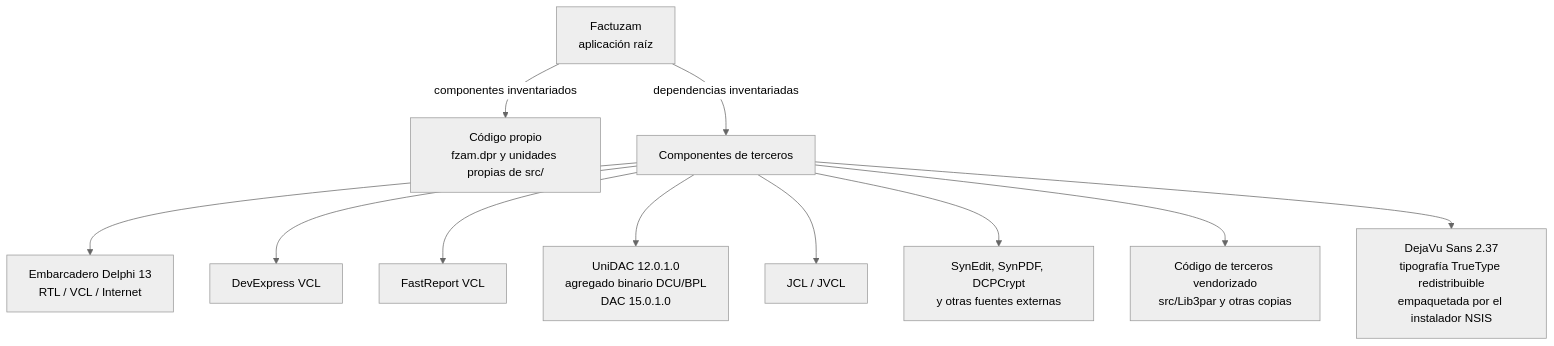
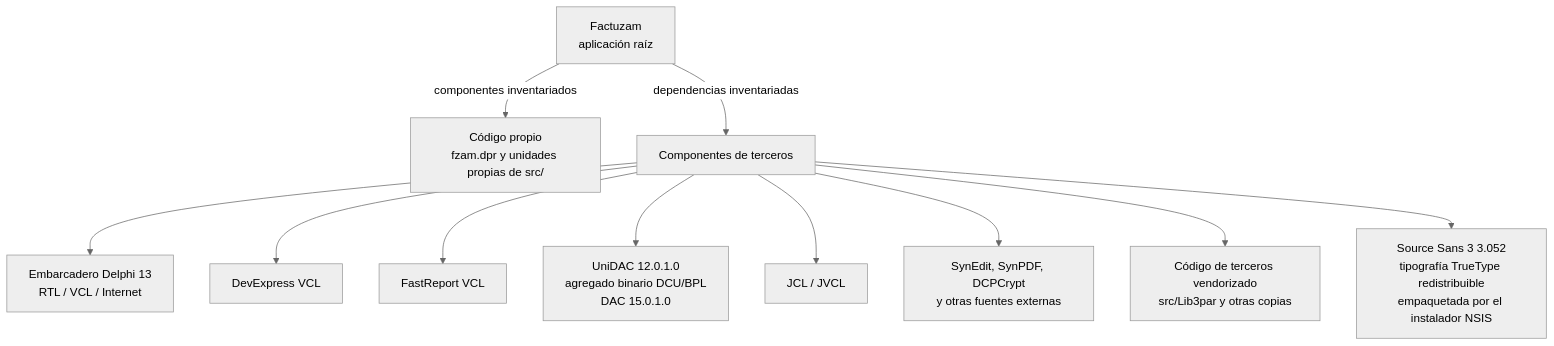
One commit to alexdelphiAthn/Factuzam changed the diagram in sbom/GRAFO_COMPONENTES.md. Above: the diagram before and after it, drawn with Mermaid (neutral theme). The commit also changed other lines of this file and 11 other files, not shown here.

```diff
--- a/sbom/GRAFO_COMPONENTES.md
+++ b/sbom/GRAFO_COMPONENTES.md
@@ -7,14 +7,14 @@
 ~~~mermaid
 flowchart TD
   F["Factuzam<br/>aplicación raíz"]
   F -->|componentes inventariados| P["Código propio<br/>fzam.dpr y unidades propias de src/"]
   F -->|dependencias inventariadas| T["Componentes de terceros"]
   T --> D["Embarcadero Delphi 13<br/>RTL / VCL / Internet"]
   T --> X["DevExpress VCL"]
   T --> R["FastReport VCL"]
   T --> U["UniDAC 12.0.1.0<br/>agregado binario DCU/BPL<br/>DAC 15.0.1.0"]
   T --> J["JCL / JVCL"]
   T --> O["SynEdit, SynPDF, DCPCrypt<br/>y otras fuentes externas"]
   T --> V["Código de terceros vendorizado<br/>src/Lib3par y otras copias"]
-  T --> N["DejaVu Sans 2.37<br/>tipografía TrueType redistribuible<br/>empaquetada por el instalador NSIS"]
+  T --> N["Source Sans 3 3.052<br/>tipografía TrueType redistribuible<br/>empaquetada por el instalador NSIS"]
 ~~~
```
